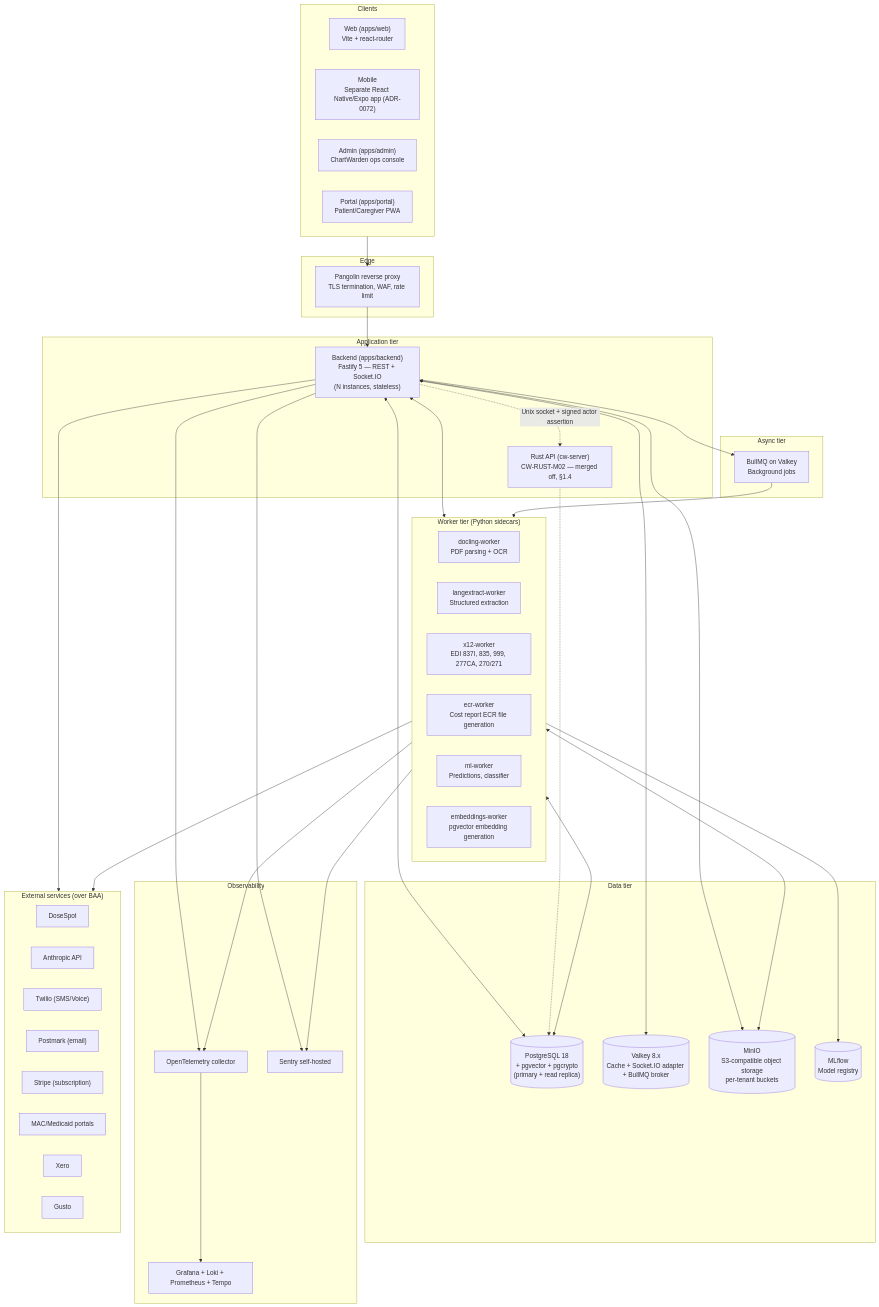
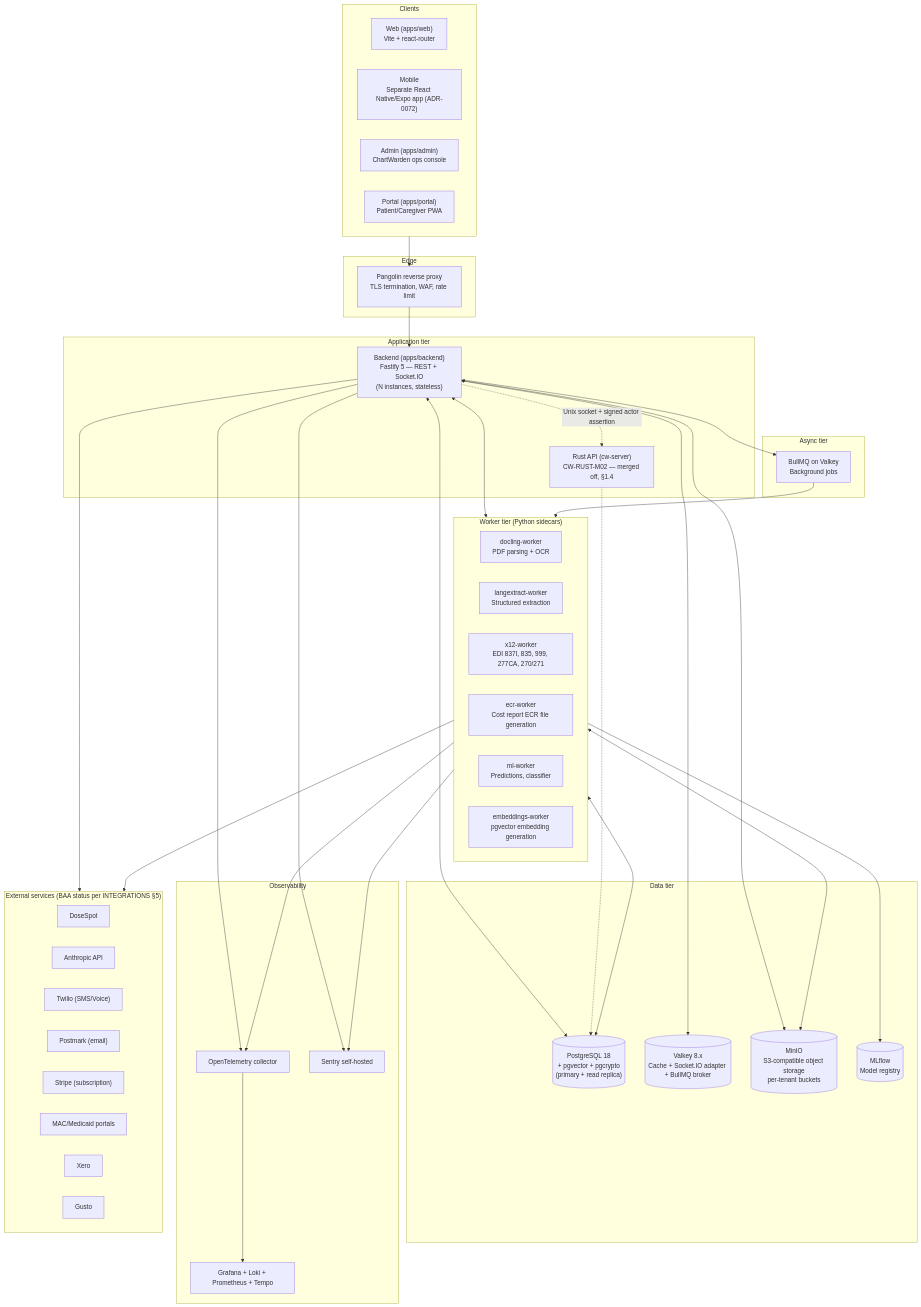
The first of 12 diagrams in docs/architecture/CHARTWARDEN_SYSTEM_DESIGN_v0.3.md (Engrace-Hospice/chartwarden), drawn with Mermaid before and after one commit. The commit also changed other lines of this file and 6 other files, not shown here.

````diff
--- a/docs/architecture/CHARTWARDEN_SYSTEM_DESIGN_v0.3.md
+++ b/docs/architecture/CHARTWARDEN_SYSTEM_DESIGN_v0.3.md
@@ -24,72 +24,72 @@
 ```mermaid
 flowchart TB
   subgraph clients["Clients"]
     web["Web (apps/web)<br/>Vite + react-router"]
     mobile["Mobile<br/>Separate React Native/Expo app (ADR-0072)"]
     admin["Admin (apps/admin)<br/>ChartWarden ops console"]
     portal["Portal (apps/portal)<br/>Patient/Caregiver PWA"]
   end
 
   subgraph edge["Edge"]
     pangolin["Pangolin reverse proxy<br/>TLS termination, WAF, rate limit"]
   end
 
   subgraph app["Application tier"]
     backend["Backend (apps/backend)<br/>Fastify 5 — REST + Socket.IO<br/>(N instances, stateless)"]
     rust["Rust API (cw-server)<br/>CW-RUST-M02 — merged off, §1.4"]
   end
 
   subgraph workers["Worker tier (Python sidecars)"]
     docling["docling-worker<br/>PDF parsing + OCR"]
     langextract["langextract-worker<br/>Structured extraction"]
     x12["x12-worker<br/>EDI 837I, 835, 999, 277CA, 270/271"]
     ecr["ecr-worker<br/>Cost report ECR file generation"]
     ml["ml-worker<br/>Predictions, classifier"]
     embeddings["embeddings-worker<br/>pgvector embedding generation"]
   end
 
   subgraph queues["Async tier"]
     bullmq["BullMQ on Valkey<br/>Background jobs"]
   end
 
   subgraph data["Data tier"]
     pg[("PostgreSQL 18<br/>+ pgvector + pgcrypto<br/>(primary + read replica)")]
     valkey[("Valkey 8.x<br/>Cache + Socket.IO adapter + BullMQ broker")]
     minio[("MinIO<br/>S3-compatible object storage<br/>per-tenant buckets")]
     mlflow[("MLflow<br/>Model registry")]
   end
 
   subgraph observability["Observability"]
     otel["OpenTelemetry collector"]
     grafana["Grafana + Loki + Prometheus + Tempo"]
     sentry["Sentry self-hosted"]
   end
 
-  subgraph external["External services (over BAA)"]
+  subgraph external["External services (BAA status per INTEGRATIONS §5)"]
     dosespot["DoseSpot"]
     anthropic["Anthropic API"]
     twilio["Twilio (SMS/Voice)"]
     postmark["Postmark (email)"]
     stripe["Stripe (subscription)"]
     mac["MAC/Medicaid portals"]
     xero["Xero"]
     gusto["Gusto"]
   end
 
   clients --> pangolin --> backend
   backend <--> pg
   backend <--> valkey
   backend <--> minio
   backend --> bullmq
   backend <--> workers
   bullmq --> workers
   workers <--> pg
   workers <--> minio
   workers --> mlflow
   backend --> external
   workers --> external
   backend & workers --> otel --> grafana
   backend & workers --> sentry
   backend -.->|"Unix socket + signed actor assertion"| rust
   rust -.-> pg
 ```
````
